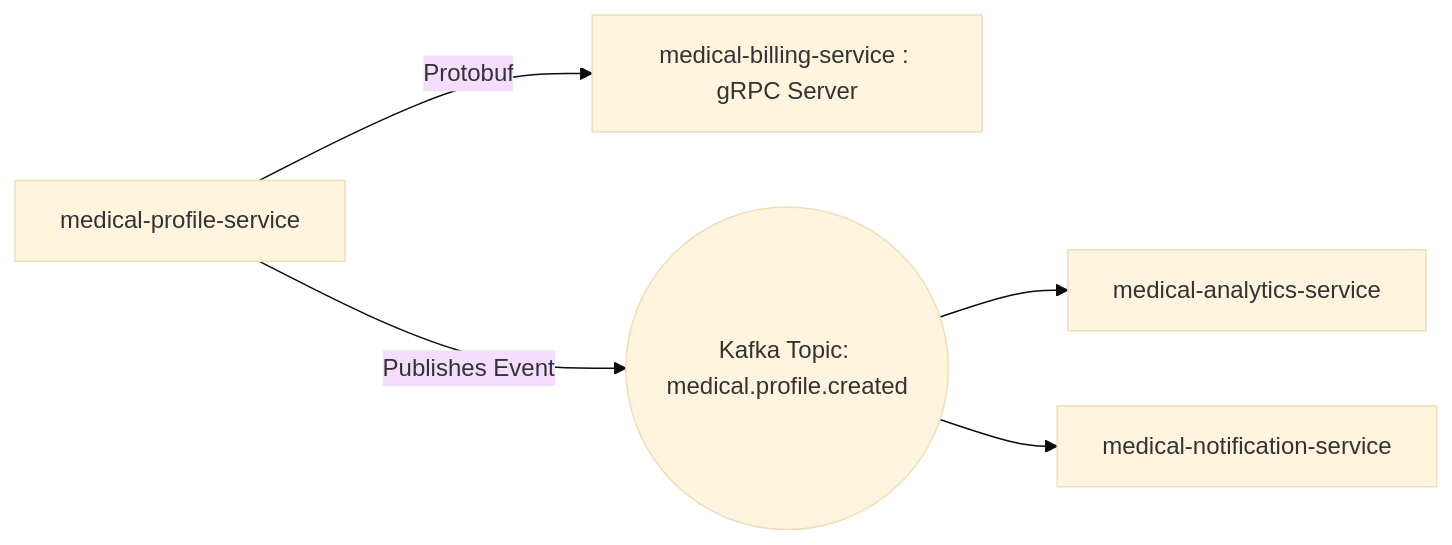
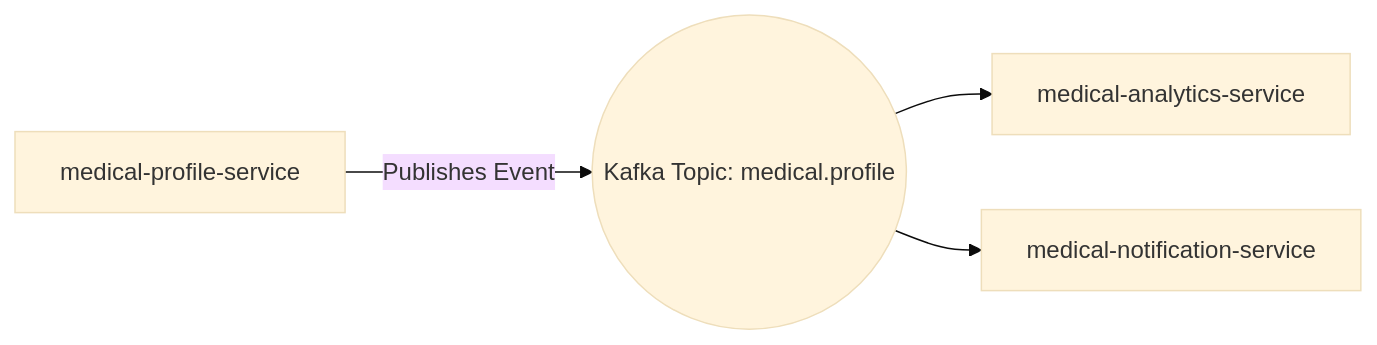
Before and after one commit to PritiAryal/MediCore: the first of 2 diagrams in README.md, drawn with Mermaid (base theme). The commit also changed other lines of this file and 1 other file, not shown here.

````diff
--- a/README.md
+++ b/README.md
@@ -362,7 +357,6 @@
 ```mermaid
 graph LR
-    A[medical-profile-service] -- Protobuf --> B[medical-billing-service : gRPC Server]
-    A -- Publishes Event --> C((Kafka Topic: medical.profile.created))
-    C --> D[medical-analytics-service]
-    C --> E[medical-notification-service]
+    A[medical-profile-service] -- Publishes Event --> B((Kafka Topic: medical.profile))
+    B --> C[medical-analytics-service]
+    B --> D[medical-notification-service]
 ```
````
